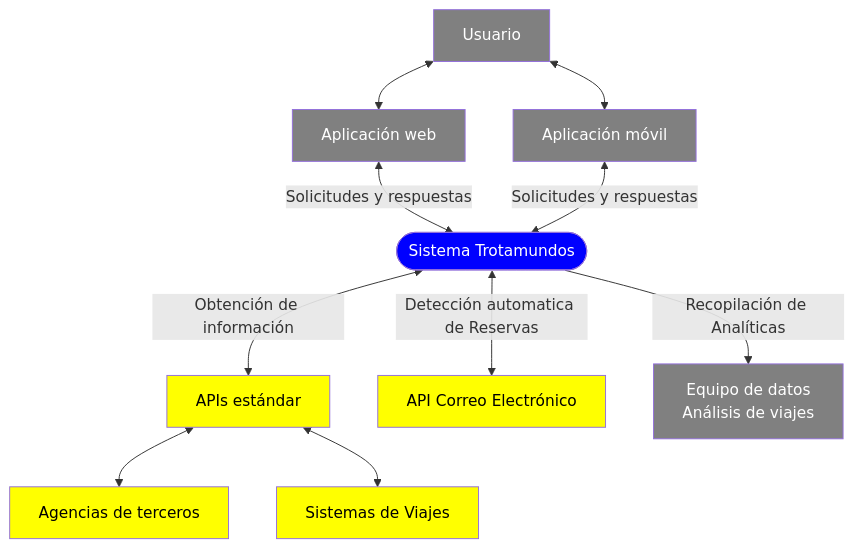
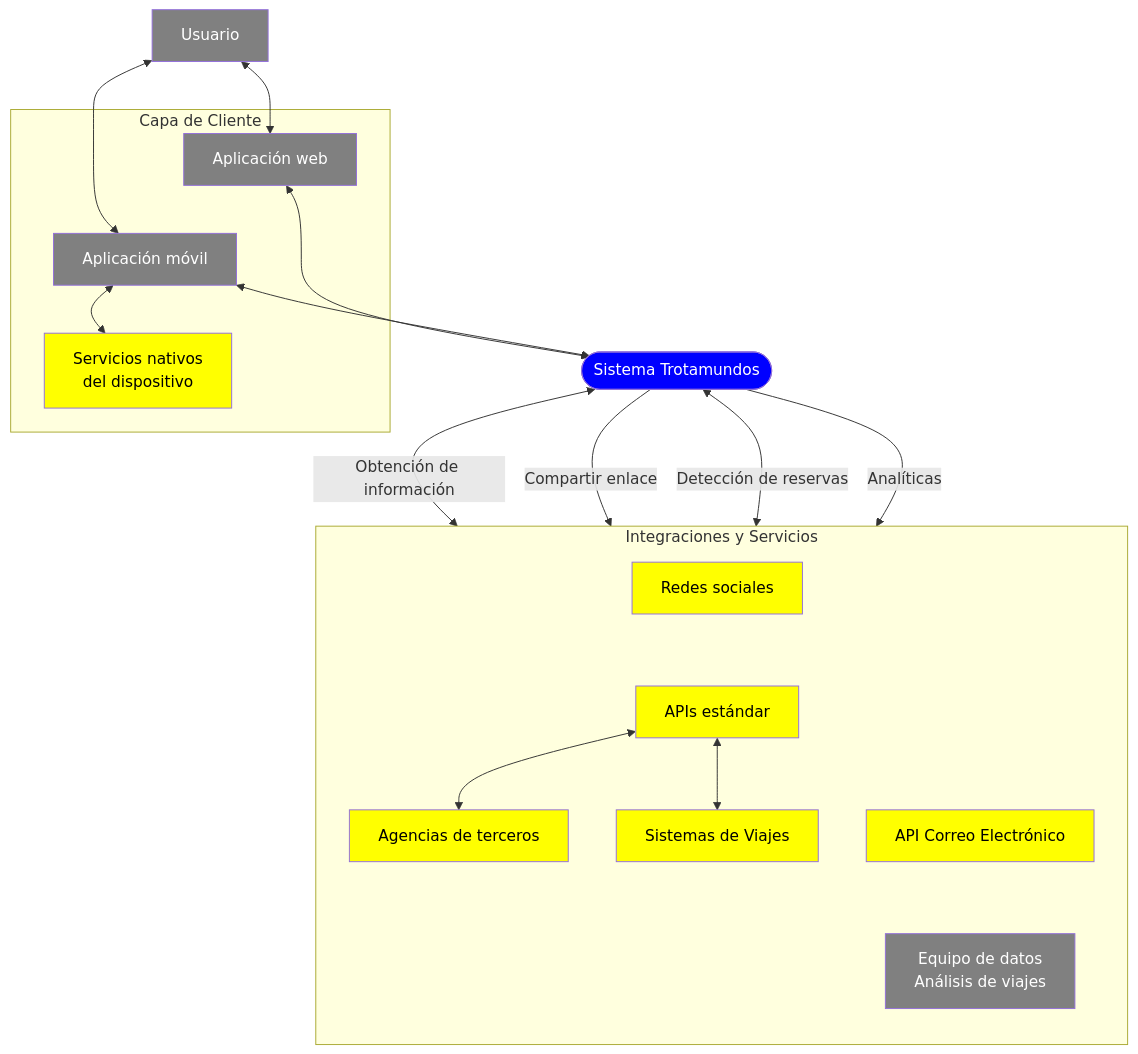
The diagram in docs/01-drivers/contexto.md (RubeKN/trotamundos), drawn with Mermaid before and after one commit.

Commit message:
Agregue la integracion con servicios, redes y estetica

````diff
--- a/docs/01-drivers/contexto.md
+++ b/docs/01-drivers/contexto.md
@@ -3,35 +3,48 @@
 ```mermaid
 flowchart TB
     Usuario["Usuario"]
-    Web["Aplicación web"]
-    App["Aplicación móvil"]
+
+    subgraph Clientes ["Capa de Cliente"]
+        Web["Aplicación web"]
+        App["Aplicación móvil"]
+        ServiciosNativos["Servicios nativos<br/>del dispositivo"]
+    end
 
     Sistema(["Sistema Trotamundos"])
 
-    Agencias["Agencias de terceros"]
-    SistemasDeViajes["Sistemas de Viajes"]
-    APIs["APIs estándar"]
-    Correo["API Correo Electrónico"]
-    Datos["Equipo de datos<br/>Análisis de viajes"]
+    subgraph Integraciones ["Integraciones y Servicios"]
+        direction TB
+        APIs["APIs estándar"]
+        Agencias["Agencias de terceros"]
+        SistemasDeViajes["Sistemas de Viajes"]
+        Correo["API Correo Electrónico"]
+        Redes["Redes sociales"]
+        Datos["Equipo de datos<br/>Análisis de viajes"]
+    end
 
     Usuario <--> Web
     Usuario <--> App
+    App <--> ServiciosNativos
 
-    Web <--> |"Solicitudes y respuestas"| Sistema
-    App <--> |"Solicitudes y respuestas"| Sistema
+    Web <--> Sistema
+    App <--> Sistema
 
     Sistema <--> |"Obtención de información"| APIs
     APIs <--> Agencias
     APIs <--> SistemasDeViajes
 
-    Sistema <--> |"Detección automatica de Reservas"| Correo
+    Sistema --> |"Compartir enlace"| Redes
+    Sistema <--> |"Detección de reservas"| Correo
+    Sistema --> |"Analíticas"| Datos
 
-    Sistema --> |"Recopilación de Analíticas"| Datos
+    Web ~~~ App
+    App ~~~ ServiciosNativos
+    Redes ~~~ APIs ~~~ Correo ~~~ Datos
 
     classDef core fill:#0000ff,color:#ffffff
     classDef actor fill:#808080,color:#ffffff
     classDef external fill:#ffff00,color:#000000
     class Sistema core
     class Usuario,Web,App,Datos actor
-    class Agencias,SistemasDeViajes,APIs,Correo external
+    class Agencias,SistemasDeViajes,APIs,Correo,Redes,ServiciosNativos external
 ```
````
